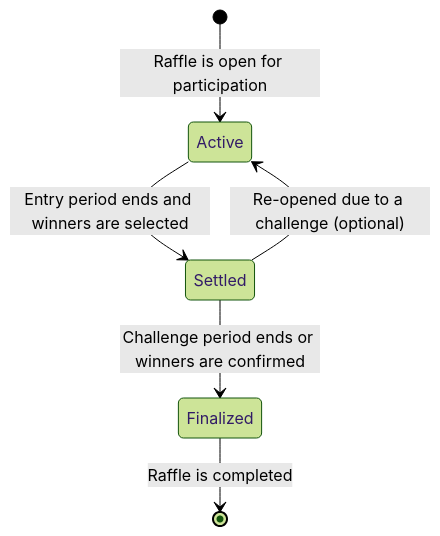
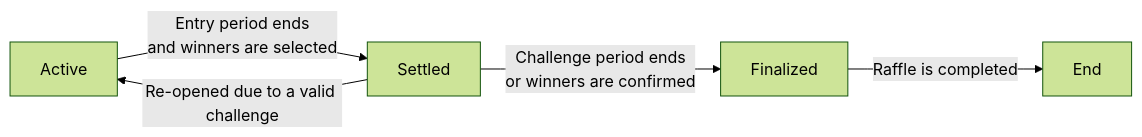
One commit to PatrionDigital/rafflecast_documentation changed the diagram in design/data-models-and-apis/data-models-raffle-model.md. Above: the diagram before and after it, drawn with Mermaid (forest theme).

Commit message:
GITBOOK-12: No subject

````diff
--- a/design/data-models-and-apis/data-models-raffle-model.md
+++ b/design/data-models-and-apis/data-models-raffle-model.md
@@ -31,8 +31,7 @@
 ```mermaid
-stateDiagram-v2
-    [*] --> Active: Raffle is open for participation
-    Active --> Settled: Entry period ends and winners are selected
-    Settled --> Active: Re-opened due to a challenge (optional)
-    Settled --> Finalized: Challenge period ends or winners are confirmed
-    Finalized --> [*]: Raffle is completed
+graph LR
+    A[Active] -->|Entry period ends<br>and winners are selected| B[Settled]
+    B -->|Re-opened due to a valid challenge| A
+    B -->|Challenge period ends<br>or winners are confirmed| C[Finalized]
+    C -->|Raffle is completed| D[End]
 ```
````
